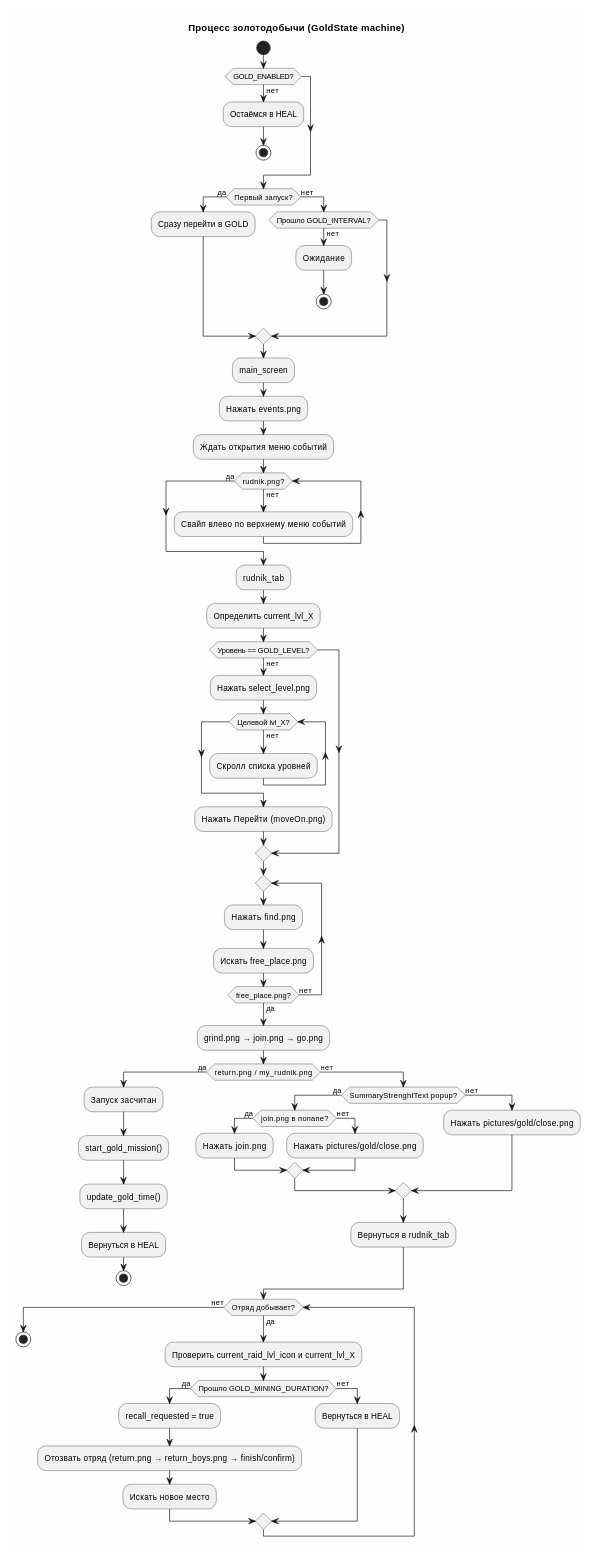
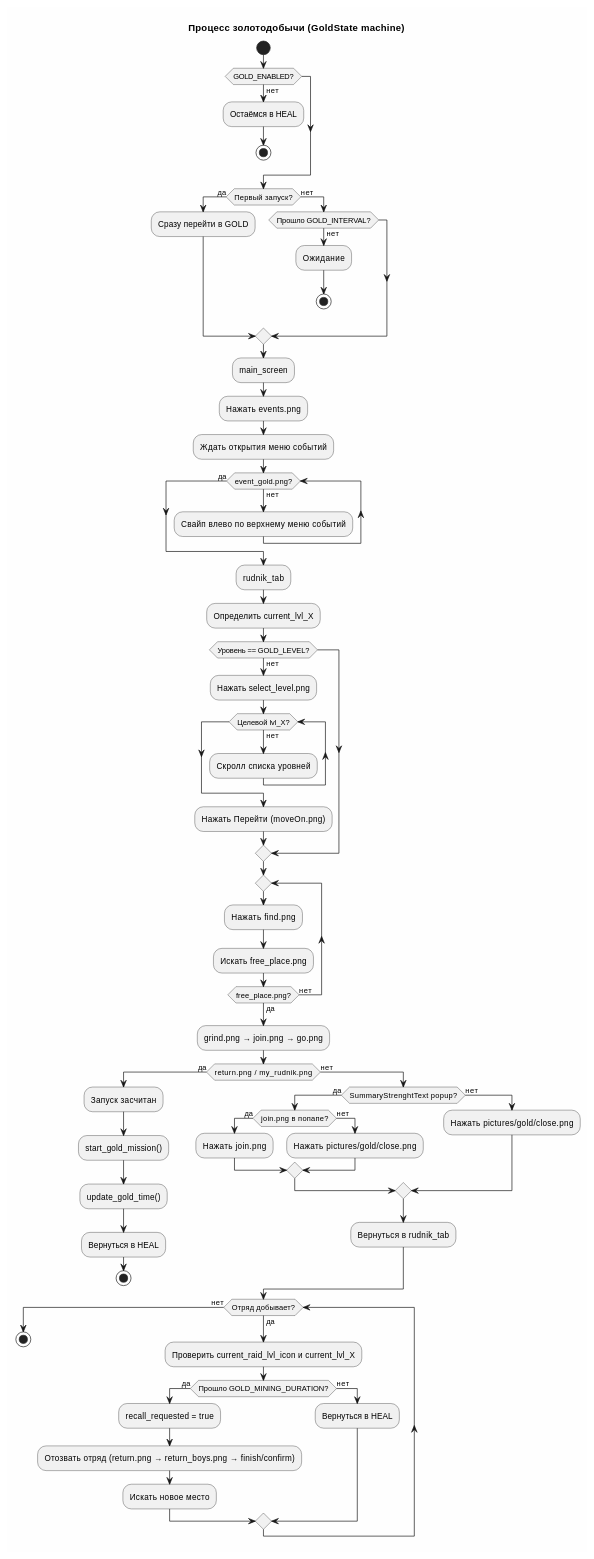
The fifth of 5 diagrams in README.md (Skoromolov/TilesSurvive), drawn with PlantUML before and after one commit. The commit also changed other lines of this file and 2 other files, not shown here.

Commit message:
fix: use event_gold.png to find and click gold mining event in calendar, replace rudnik.png in events navigation

````diff
--- a/README.md
+++ b/README.md
@@ -367,81 +367,81 @@
 ```plantuml
 @startuml
 skinparam backgroundColor #FEFEFE
 title Процесс золотодобычи (GoldState machine)
 
 start
 
 if (GOLD_ENABLED?) then (нет)
   :Остаёмся в HEAL;
   stop
 endif
 
 if (Первый запуск?) then (да)
   :Сразу перейти в GOLD;
 else (нет)
   if (Прошло GOLD_INTERVAL?) then (нет)
     :Ожидание;
     stop
   endif
 endif
 
 :main_screen;
 :Нажать events.png;
 :Ждать открытия меню событий;
 
-while (rudnik.png?) is (нет)
+while (event_gold.png?) is (нет)
   :Свайп влево по верхнему меню событий;
 endwhile (да)
 
 :rudnik_tab;
 :Определить current_lvl_X;
 
 if (Уровень == GOLD_LEVEL?) then (нет)
   :Нажать select_level.png;
   while (Целевой lvl_X?) is (нет)
     :Скролл списка уровней;
   endwhile
   :Нажать Перейти (moveOn.png);
 endif
 
 repeat
   :Нажать find.png;
   :Искать free_place.png;
 repeat while (free_place.png?) is (нет) not (да)
 
 :grind.png → join.png → go.png;
 
 if (return.png / my_rudnik.png) then (да)
   :Запуск засчитан;
   :start_gold_mission();
   :update_gold_time();
   :Вернуться в HEAL;
   stop
 else (нет)
   if (SummaryStrenghtText popup?) then (да)
     if (join.png в попапе?) then (да)
       :Нажать join.png;
     else (нет)
       :Нажать pictures/gold/close.png;
     endif
   else (нет)
     :Нажать pictures/gold/close.png;
   endif
   :Вернуться в rudnik_tab;
 endif
 
 while (Отряд добывает?) is (да)
   :Проверить current_raid_lvl_icon и current_lvl_X;
   if (Прошло GOLD_MINING_DURATION?) then (да)
     :recall_requested = true;
     :Отозвать отряд (return.png → return_boys.png → finish/confirm);
     :Искать новое место;
   else (нет)
     :Вернуться в HEAL;
   endif
 endwhile (нет)
 
 stop
 
 @enduml
 ```
````
